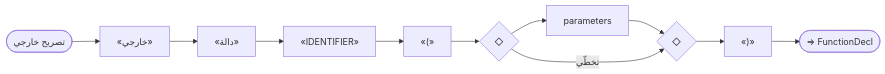
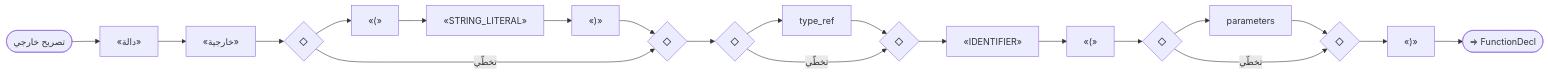
Before and after one commit to sadlang/sadlang: diagram 15 of 17 in docs/parser_rule/_generated/20_declarations.md, drawn with Mermaid. The commit also changed other lines of this file and 49 other files, not shown here.

````diff
--- a/docs/parser_rule/_generated/20_declarations.md
+++ b/docs/parser_rule/_generated/20_declarations.md
@@ -519,23 +520,41 @@
 ```mermaid
 flowchart LR
   n1(["تصريح خارجي"])
-  n2["«خارجي»"]
-  n3["«دالة»"]
+  n2["«دالة»"]
+  n3["«خارجية»"]
   n2 --> n3
-  n4["«IDENTIFIER»"]
+  n4{"◇"}
+  n5{"◇"}
+  n6["«(»"]
+  n7["«STRING_LITERAL»"]
+  n6 --> n7
+  n8["«)»"]
+  n7 --> n8
+  n4 --> n6
+  n8 --> n5
+  n4 -- "تخطّي" --> n5
   n3 --> n4
-  n5["«(»"]
-  n4 --> n5
-  n6{"◇"}
-  n7{"◇"}
-  n8["parameters"]
-  n6 --> n8
-  n8 --> n7
-  n6 -- "تخطّي" --> n7
-  n5 --> n6
-  n9["«)»"]
-  n7 --> n9
+  n9{"◇"}
+  n10{"◇"}
+  n11["type_ref"]
+  n9 --> n11
+  n11 --> n10
+  n9 -- "تخطّي" --> n10
+  n5 --> n9
+  n12["«IDENTIFIER»"]
+  n10 --> n12
+  n13["«(»"]
+  n12 --> n13
+  n14{"◇"}
+  n15{"◇"}
+  n16["parameters"]
+  n14 --> n16
+  n16 --> n15
+  n14 -- "تخطّي" --> n15
+  n13 --> n14
+  n17["«)»"]
+  n15 --> n17
   n1 --> n2
-  n10(["⇒ FunctionDecl"])
-  n9 --> n10
+  n18(["⇒ FunctionDecl"])
+  n17 --> n18
 ```
````
